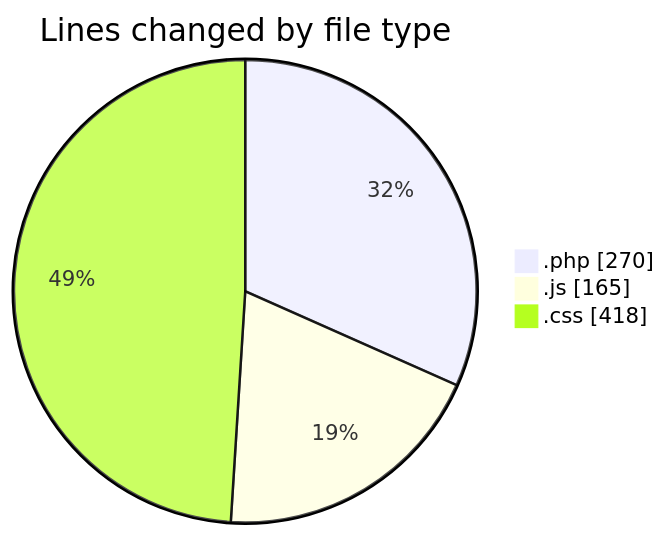
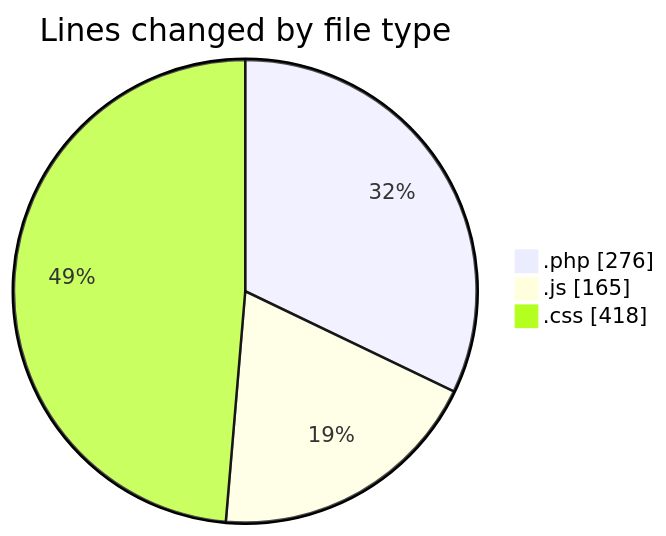
Before and after one commit to LanceThiago/code-tracking: the first of 2 diagrams in 2025-04-11/web/README.md, drawn with Mermaid. The commit also changed other lines of this file and 1 other file, not shown here.

````diff
--- a/2025-04-11/web/README.md
+++ b/2025-04-11/web/README.md
@@ -22,7 +22,7 @@
 ```mermaid
 pie showData
 title Lines changed by file type
-".php" : 270
+".php" : 276
 ".js" : 165
 ".css" : 418
 ```
````
